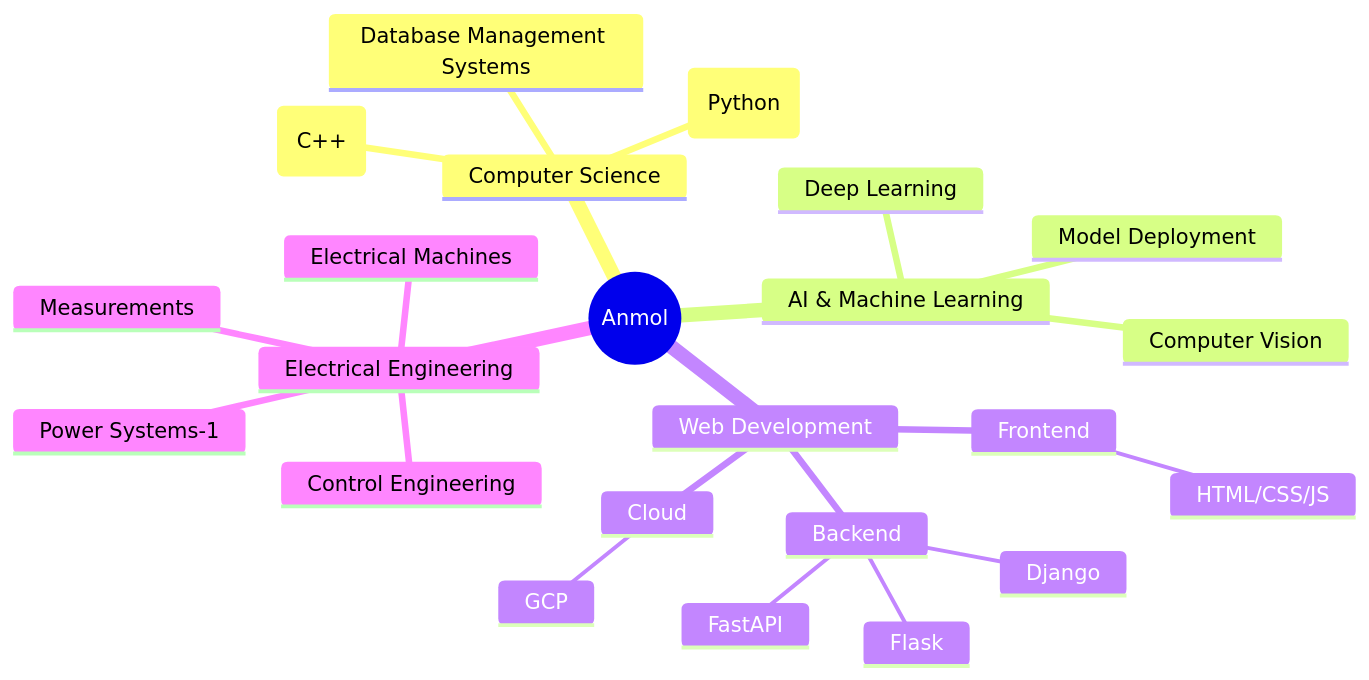
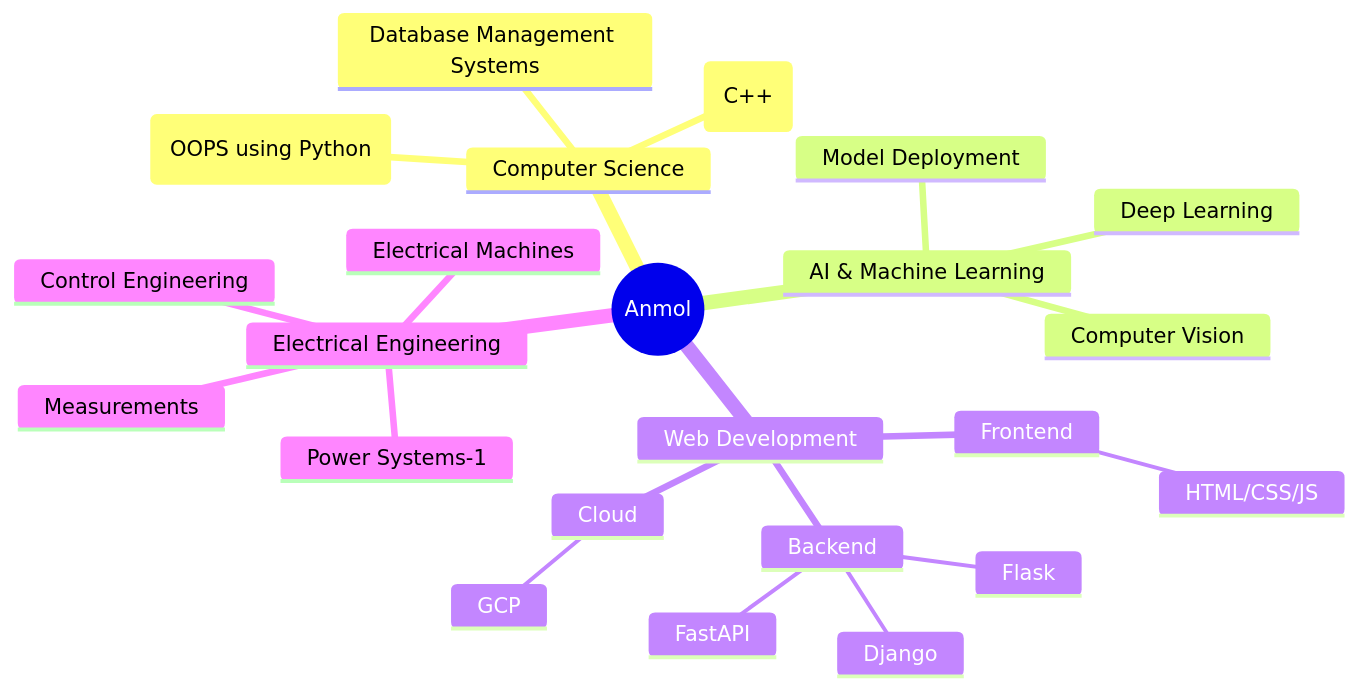
Before and after one commit to Anmol-Shukla-20/Anmol-Shukla-20: the diagram in README.md, drawn with Mermaid.

Commit message:
Update content of the Project

````diff
--- a/README.md
+++ b/README.md
@@ -228,26 +228,26 @@
 ```mermaid
 mindmap
   root((Anmol))
     Computer Science
       Data Structures & Algorithms (C++)
-      Object-Oriented Programming(Python)
+      Object-Oriented Programming(OOPS using Python)
       Database Management Systems
     AI & Machine Learning
       Deep Learning
       Computer Vision
       Model Deployment
     Web Development
       Frontend
         HTML/CSS/JS
       Backend
         Django
         FastAPI
         Flask
       Cloud
         GCP
     Electrical Engineering
       Power Systems-1
       Electrical Machines
       Measurements
       Control Engineering
 ```
````
